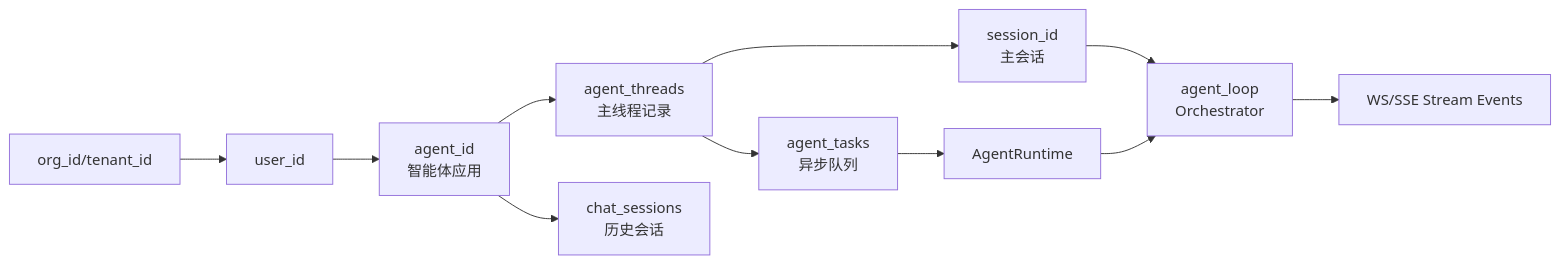
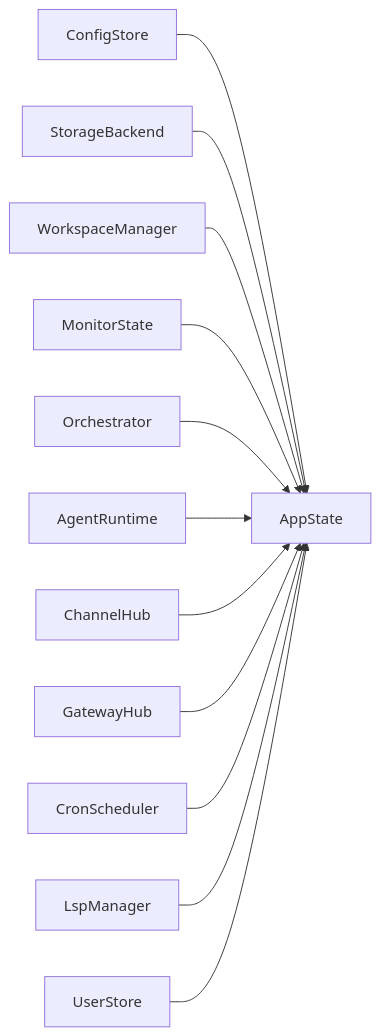
Before and after one commit to ylsdamxssjxxdd/wunder: the third of 8 diagrams in docs/架构设计.md, drawn with Mermaid. The commit also changed other lines of this file and 20 other files, not shown here.

````diff
--- a/docs/架构设计.md
+++ b/docs/架构设计.md
@@ -142,13 +142,14 @@
 ```mermaid
 flowchart LR
-  O[org_id/tenant_id] --> U[user_id]
-  U --> A[agent_id<br/>智能体应用]
-  A --> T[agent_threads<br/>主线程记录]
-  T --> S[session_id<br/>主会话]
-  A --> H[chat_sessions<br/>历史会话]
-  S --> L[agent_loop<br/>Orchestrator]
-  L --> E[WS/SSE Stream Events]
-  T --> Q[agent_tasks<br/>异步队列]
-  Q --> R[AgentRuntime]
-  R --> L
+  CFG[ConfigStore] --> APP[AppState]
+  STG[StorageBackend] --> APP
+  WS[WorkspaceManager] --> APP
+  MON[MonitorState] --> APP
+  ORCH[Orchestrator] --> APP
+  RT[AgentRuntime] --> APP
+  CH[ChannelHub] --> APP
+  GW[GatewayHub] --> APP
+  CRON[CronScheduler] --> APP
+  LSP[LspManager] --> APP
+  USER[UserStore] --> APP
 ```
````
